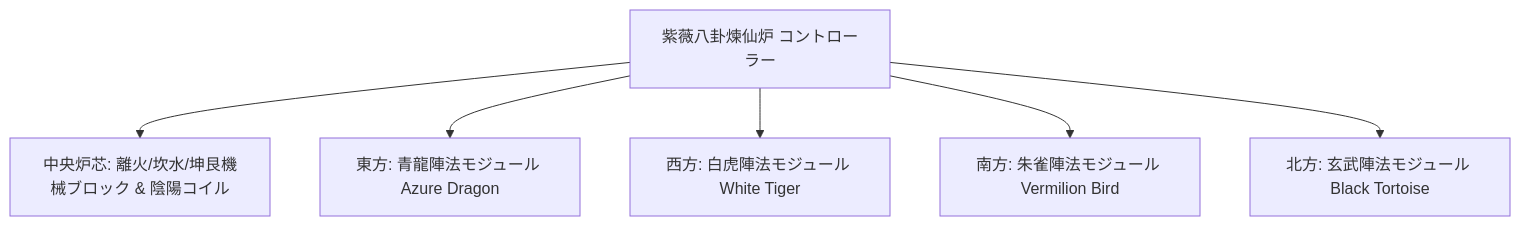
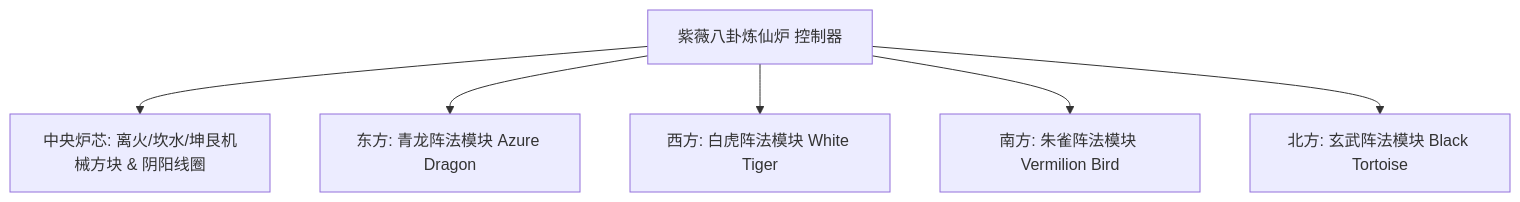
Before and after one commit to takanashisatou/GregtechEasy: the diagram in docs/ja/gtecore/yin-yang-and-four-symbols.md, drawn with Mermaid. The commit also changed other lines of this file and 144 other files, not shown here.

````diff
--- a/docs/ja/gtecore/yin-yang-and-four-symbols.md
+++ b/docs/ja/gtecore/yin-yang-and-four-symbols.md
@@ -11,8 +11,8 @@
 ```mermaid
 graph TD
-    A[紫薇八卦煉仙炉 コントローラー] --> B[中央炉芯: 離火/坎水/坤艮機械ブロック & 陰陽コイル]
-    A --> C[東方: 青龍陣法モジュール Azure Dragon]
-    A --> D[西方: 白虎陣法モジュール White Tiger]
-    A --> E[南方: 朱雀陣法モジュール Vermilion Bird]
-    A --> F[北方: 玄武陣法モジュール Black Tortoise]
+    A[紫薇八卦炼仙炉 控制器] --> B[中央炉芯: 离火/坎水/坤艮机械方块 & 阴阳线圈]
+    A --> C[东方: 青龙阵法模块 Azure Dragon]
+    A --> D[西方: 白虎阵法模块 White Tiger]
+    A --> E[南方: 朱雀阵法模块 Vermilion Bird]
+    A --> F[北方: 玄武阵法模块 Black Tortoise]
 ```
````
